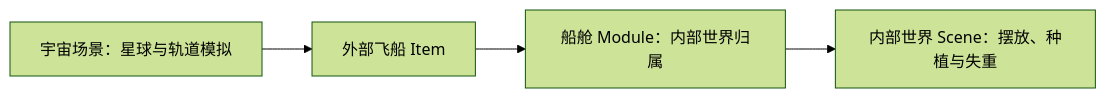
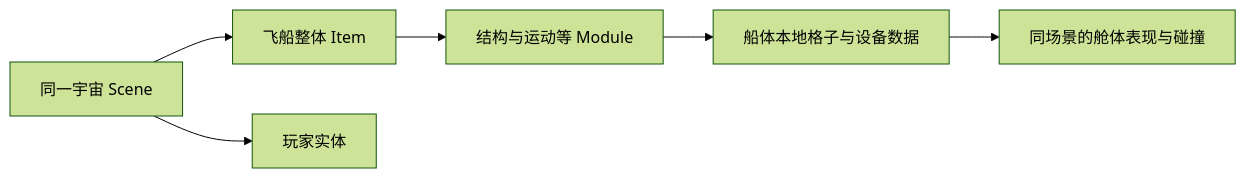
One commit to XDIOEZ/TerraFlat changed the diagram in 开发文档文件夹/01_世界生成与环境/太空场景开发待办.md. Above: the diagram before and after it, drawn with Mermaid (forest theme). The commit also changed other lines of this file and 1 other file, not shown here.

````diff
--- a/开发文档文件夹/01_世界生成与环境/太空场景开发待办.md
+++ b/开发文档文件夹/01_世界生成与环境/太空场景开发待办.md
@@ -314,6 +330,8 @@
 ```mermaid
 flowchart LR
-    Universe[宇宙场景：星球与轨道模拟] --> Ship[外部飞船 Item]
-    Ship --> InteriorModule[船舱 Module：内部世界归属]
-    InteriorModule --> Interior[内部世界 Scene：摆放、种植与失重]
+    Scene[同一宇宙 Scene] --> Ship[飞船整体 Item]
+    Scene --> Player[玩家实体]
+    Ship --> Modules[结构与运动等 Module]
+    Modules --> Grid[船体本地格子与设备数据]
+    Grid --> View[同场景的舱体表现与碰撞]
 ```
````
